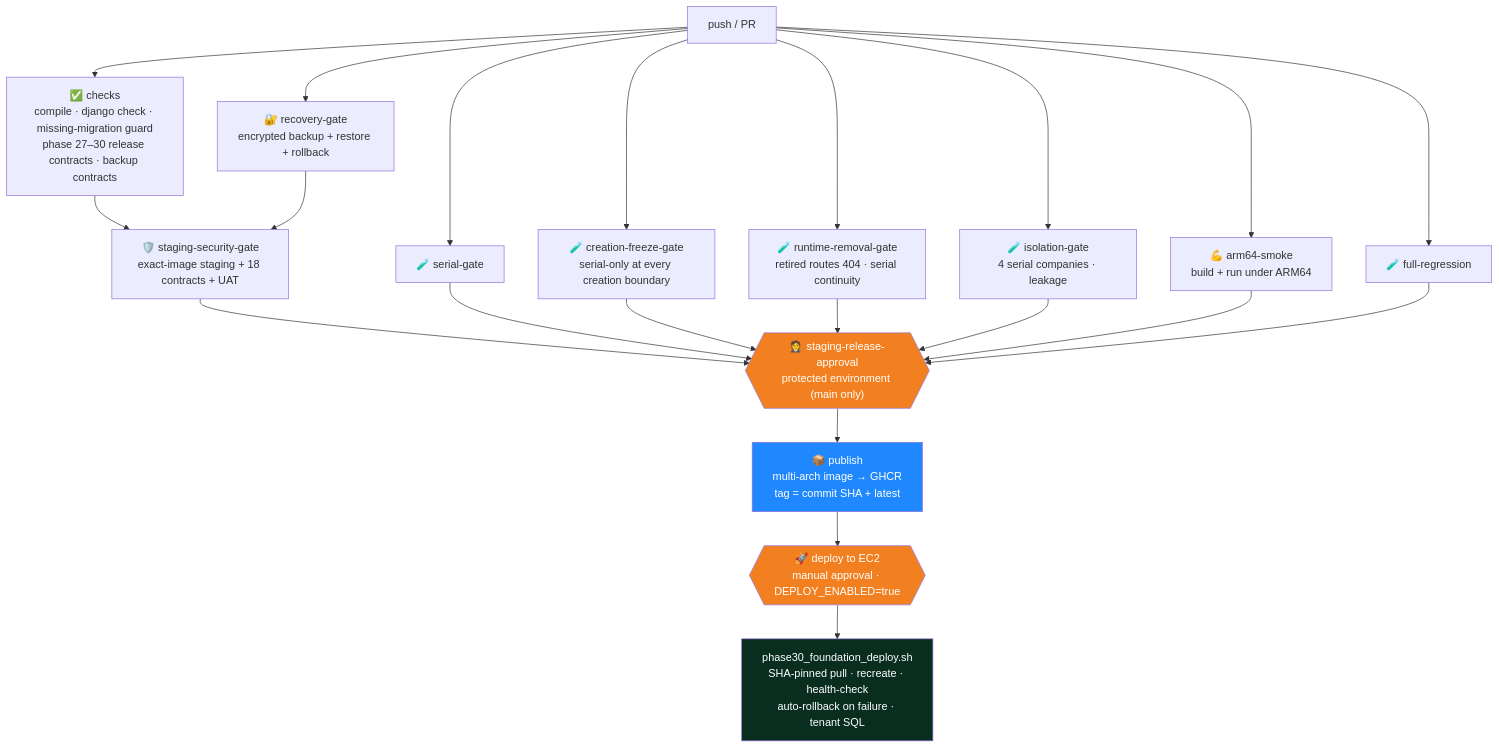
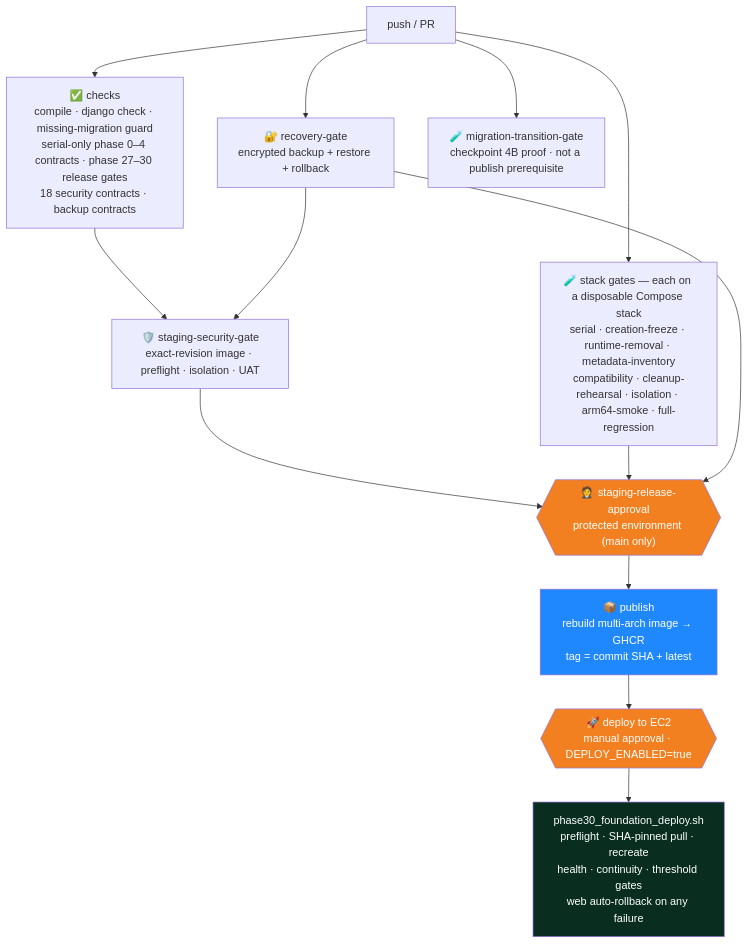
One commit to Maaz-Bin-Haider/Financee_Multitenant_Production changed the ninth of 9 diagrams in README.md. Above: the diagram before and after it, drawn with Mermaid. The commit also changed other lines of this file and 2 other files, not shown here.

````diff
--- a/README.md
+++ b/README.md
@@ -531,22 +558,18 @@
 ```mermaid
 flowchart TB
-    P[push / PR] --> CH[✅ checks<br/>compile · django check · missing-migration guard<br/>phase 27–30 release contracts · backup contracts]
-    P --> SG[🧪 serial-gate]
-    P --> CFG[🧪 creation-freeze-gate<br/>serial-only at every creation boundary]
-    P --> RRG[🧪 runtime-removal-gate<br/>retired routes 404 · serial continuity]
-    P --> IG[🧪 isolation-gate<br/>4 serial companies · leakage]
-    P --> AS[💪 arm64-smoke<br/>build + run under ARM64]
-    P --> FR[🧪 full-regression]
+    P[push / PR] --> CH[✅ checks<br/>compile · django check · missing-migration guard<br/>serial-only phase 0–4 contracts · phase 27–30 release gates<br/>18 security contracts · backup contracts]
+    P --> SG[🧪 stack gates — each on a disposable Compose stack<br/>serial · creation-freeze · runtime-removal · metadata-inventory<br/>compatibility · cleanup-rehearsal · isolation · arm64-smoke · full-regression]
     P --> RG[🔐 recovery-gate<br/>encrypted backup + restore + rollback]
+    P --> MT[🧪 migration-transition-gate<br/>checkpoint 4B proof · not a publish prerequisite]
 
-    CH & RG --> SS[🛡️ staging-security-gate<br/>exact-image staging + 18 contracts + UAT]
-    SS & SG & CFG & RRG & IG & AS & FR --> AP{{"🧑‍⚖️ staging-release-approval<br/>protected environment (main only)"}}
-    AP --> PUB[📦 publish<br/>multi-arch image → GHCR<br/>tag = commit SHA + latest]
+    CH & RG --> SS[🛡️ staging-security-gate<br/>exact-revision image · preflight · isolation · UAT]
+    SS & SG & RG --> AP{{"🧑‍⚖️ staging-release-approval<br/>protected environment (main only)"}}
+    AP --> PUB[📦 publish<br/>rebuild multi-arch image → GHCR<br/>tag = commit SHA + latest]
     PUB --> DEP{{"🚀 deploy to EC2<br/>manual approval · DEPLOY_ENABLED=true"}}
-    DEP --> SH[phase30_foundation_deploy.sh<br/>SHA-pinned pull · recreate · health-check<br/>auto-rollback on failure · tenant SQL]
+    DEP --> SH[phase30_foundation_deploy.sh<br/>preflight · SHA-pinned pull · recreate<br/>health · continuity · threshold gates<br/>web auto-rollback on any failure]
 
     style AP fill:#F38020,color:#fff
     style DEP fill:#F38020,color:#fff
     style PUB fill:#2088FF,color:#fff
     style SH fill:#092E20,color:#fff
 ```
````
